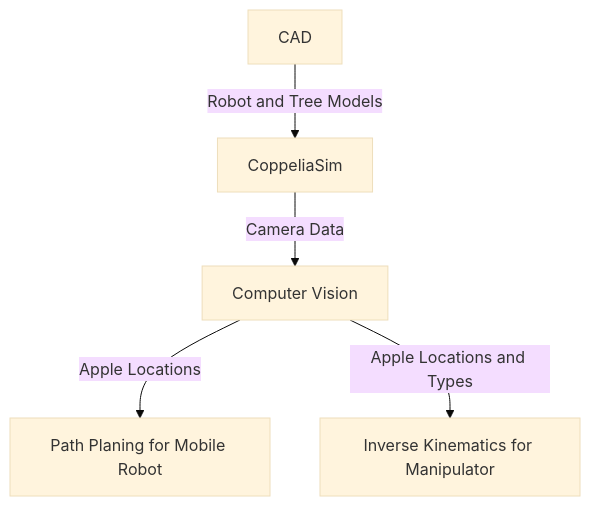
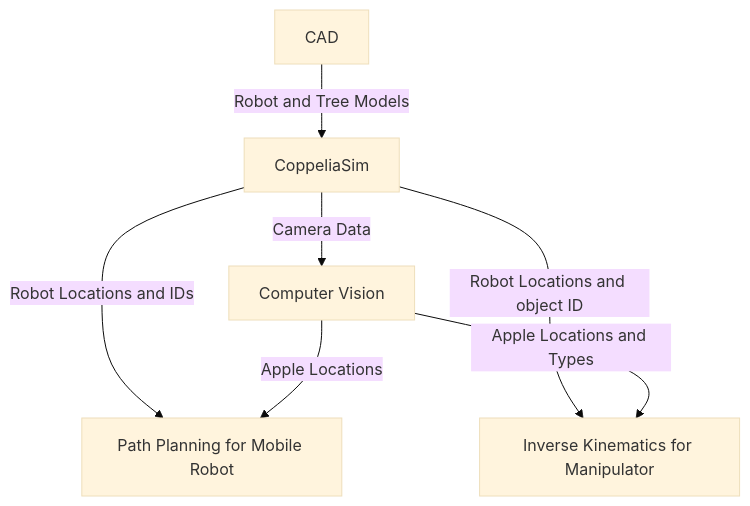
The diagram in README.md (asueh/ECSE-275-Final-Project), drawn with Mermaid (base theme) before and after one commit. The commit also changed other lines of this file, not shown here.

````diff
--- a/README.md
+++ b/README.md
@@ -19,7 +19,9 @@
 ```mermaid
 graph TD
   A[CAD] --Robot and Tree Models--> B[CoppeliaSim]
   B[CoppeliaSim] --Camera Data--> C[Computer Vision]
-  C[Computer Vision] --Apple Locations--> D[Path Planing for Mobile Robot]
+  B[CoppeliaSim] --Robot Locations and IDs --> D[Path Planning for Mobile Robot]
+  B[CoppeliaSim] --Robot Locations and object ID--> E[Inverse Kinematics for Manipulator]
+  C[Computer Vision] --Apple Locations--> D[Path Planning for Mobile Robot]
   C[Computer Vision] --Apple Locations and Types--> E[Inverse Kinematics for Manipulator]
 ```
````
